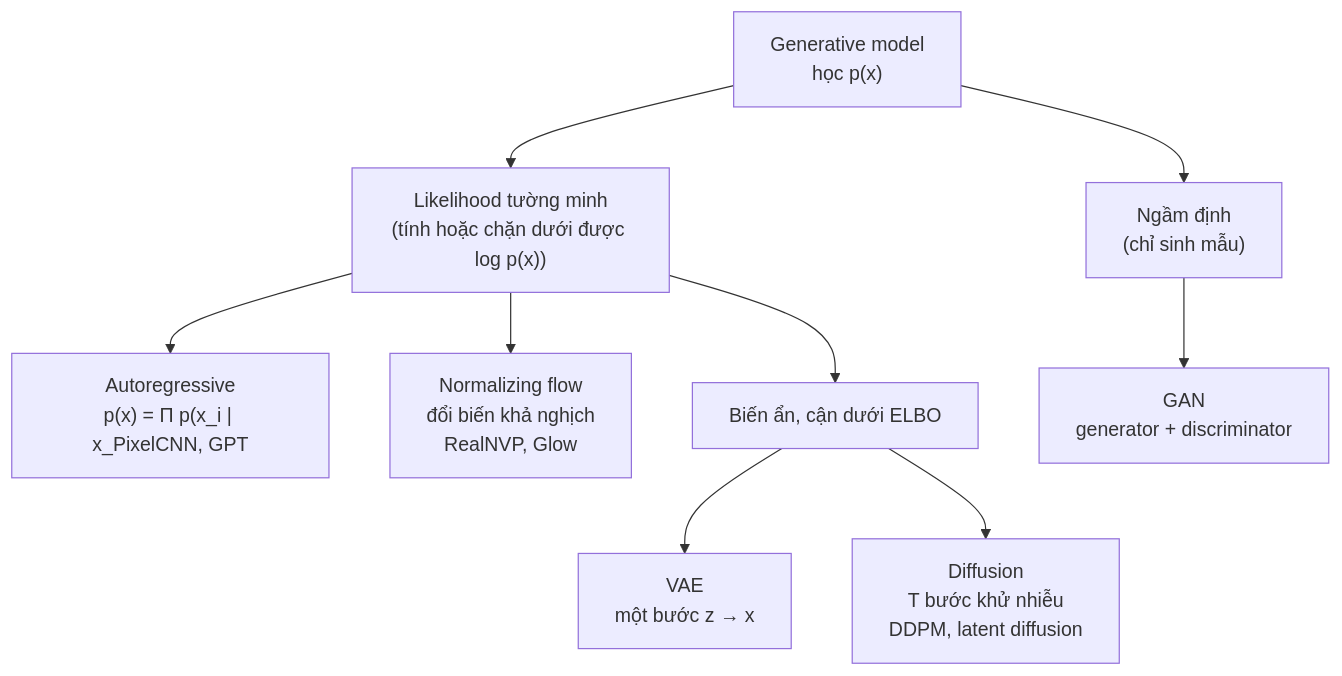
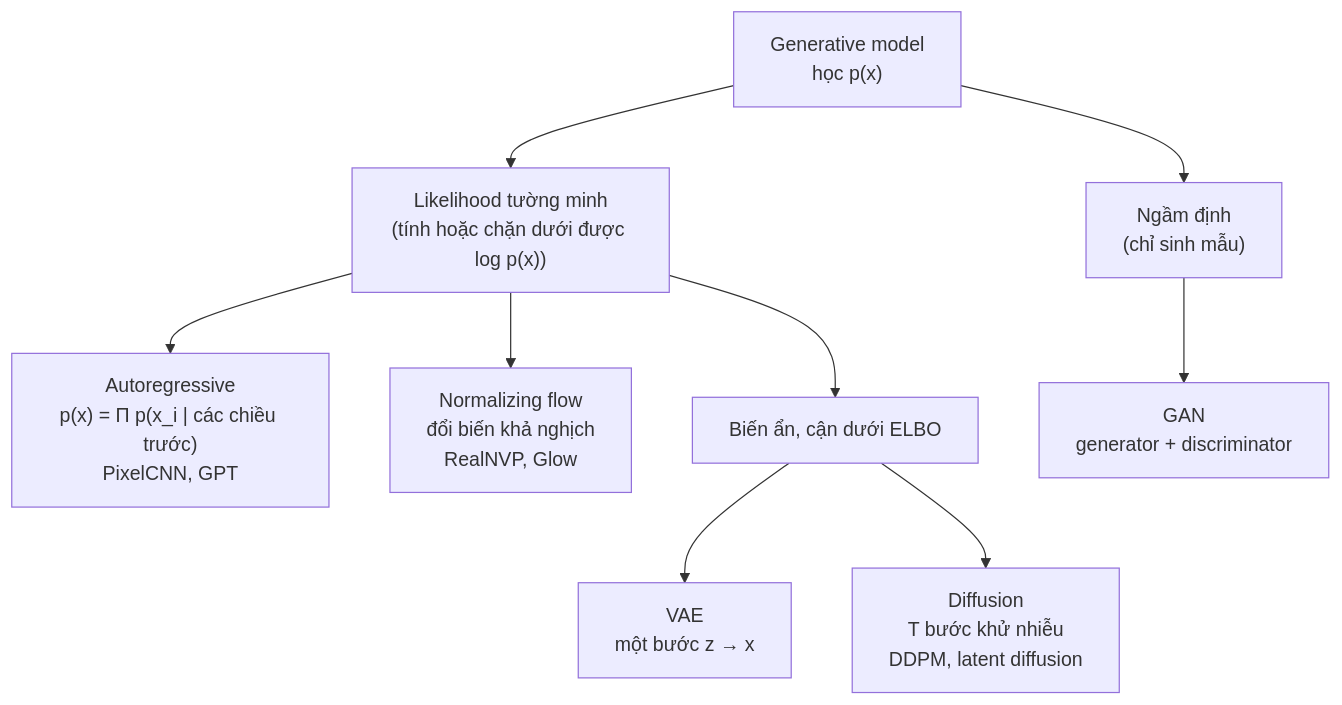
Before and after one commit to Buicongbang04/Learning_Platform: the first of 4 diagrams in tracks/ai-engineer/modules/06-generative-models/README.md, drawn with Mermaid. The commit also changed other lines of this file and 19 other files, not shown here.

Commit message:
AI Engineer module 06: sửa theo review (quiz không lộ đáp án, Adv 02 không chỉ thẳng bug, CFG không phải lấy mẫu từ phân phối nghiêng, đo thêm saturating ở lr chuẩn, chệch FID theo generator, thống nhất thời gian chạy, mermaid)

````diff
--- a/tracks/ai-engineer/modules/06-generative-models/README.md
+++ b/tracks/ai-engineer/modules/06-generative-models/README.md
@@ -105,11 +105,11 @@
 ```mermaid
 flowchart TD
     G["Generative model<br/>học p(x)"] --> E["Likelihood tường minh<br/>(tính hoặc chặn dưới được log p(x))"]
     G --> I["Ngầm định<br/>(chỉ sinh mẫu)"]
-    E --> AR["Autoregressive<br/>p(x) = Π p(x_i | x_<i)<br/>PixelCNN, GPT"]
+    E --> AR["Autoregressive<br/>p(x) = Π p(x_i | các chiều trước)<br/>PixelCNN, GPT"]
     E --> FL["Normalizing flow<br/>đổi biến khả nghịch<br/>RealNVP, Glow"]
     E --> LV["Biến ẩn, cận dưới ELBO"]
     LV --> VAE["VAE<br/>một bước z → x"]
     LV --> DF["Diffusion<br/>T bước khử nhiễu<br/>DDPM, latent diffusion"]
     I --> GAN["GAN<br/>generator + discriminator"]
 ```
````
